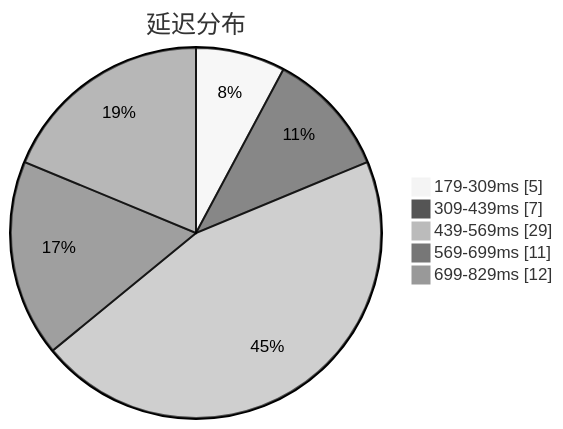
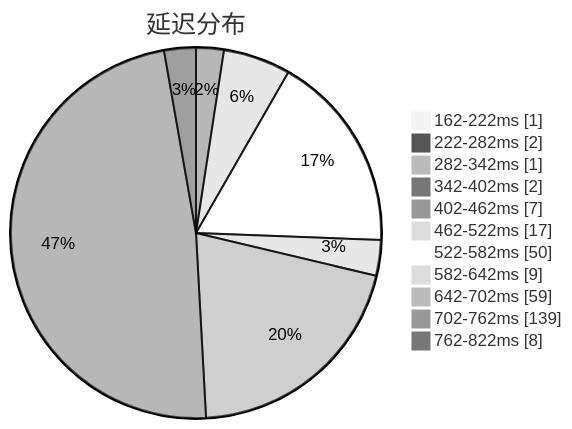
One commit to sinspired/airport changed the first of 3 diagrams in subs/statistics/tested_within.md. Above: the diagram before and after it, drawn with Mermaid (neutral theme). The commit also changed other lines of this file and 2 other files, not shown here.

````diff
--- a/subs/statistics/tested_within.md
+++ b/subs/statistics/tested_within.md
@@ -2,9 +2,15 @@
 ```mermaid
 pie showData
 title 延迟分布
-"179-309ms" : 5
-"309-439ms" : 7
-"439-569ms" : 29
-"569-699ms" : 11
-"699-829ms" : 12
+"162-222ms" : 1
+"222-282ms" : 2
+"282-342ms" : 1
+"342-402ms" : 2
+"402-462ms" : 7
+"462-522ms" : 17
+"522-582ms" : 50
+"582-642ms" : 9
+"642-702ms" : 59
+"702-762ms" : 139
+"762-822ms" : 8
 ```
````
